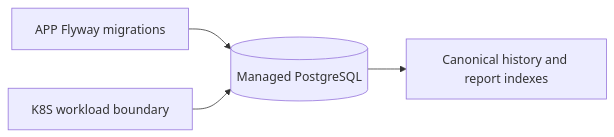
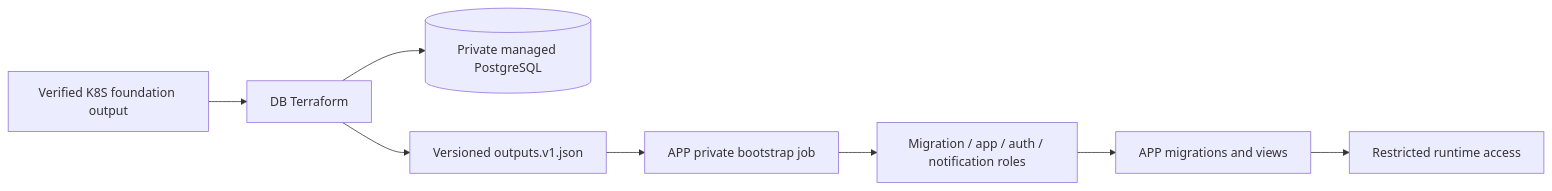
Before and after one commit to rafaelxvr/Tech-challenge-15SOAT-db-infra: the first of 2 diagrams in docs/architecture.md, drawn with Mermaid. The commit also changed other lines of this file and 53 other files, not shown here.

````diff
--- a/docs/architecture.md
+++ b/docs/architecture.md
@@ -3,6 +3,10 @@
 ```mermaid
 flowchart LR
-    APP[APP Flyway migrations] --> RDS[(Managed PostgreSQL)]
-    RDS --> Canonical[Canonical history and report indexes]
-    K8S[K8S workload boundary] --> RDS
+  Foundation[Verified K8S foundation output] --> DB[DB Terraform]
+  DB --> RDS[(Private managed PostgreSQL)]
+  DB --> Refs[Versioned outputs.v1.json]
+  Refs --> Job[APP private bootstrap job]
+  Job --> Roles[Migration / app / auth / notification roles]
+  Roles --> APP[APP migrations and views]
+  APP --> Runtime[Restricted runtime access]
 ```
````
